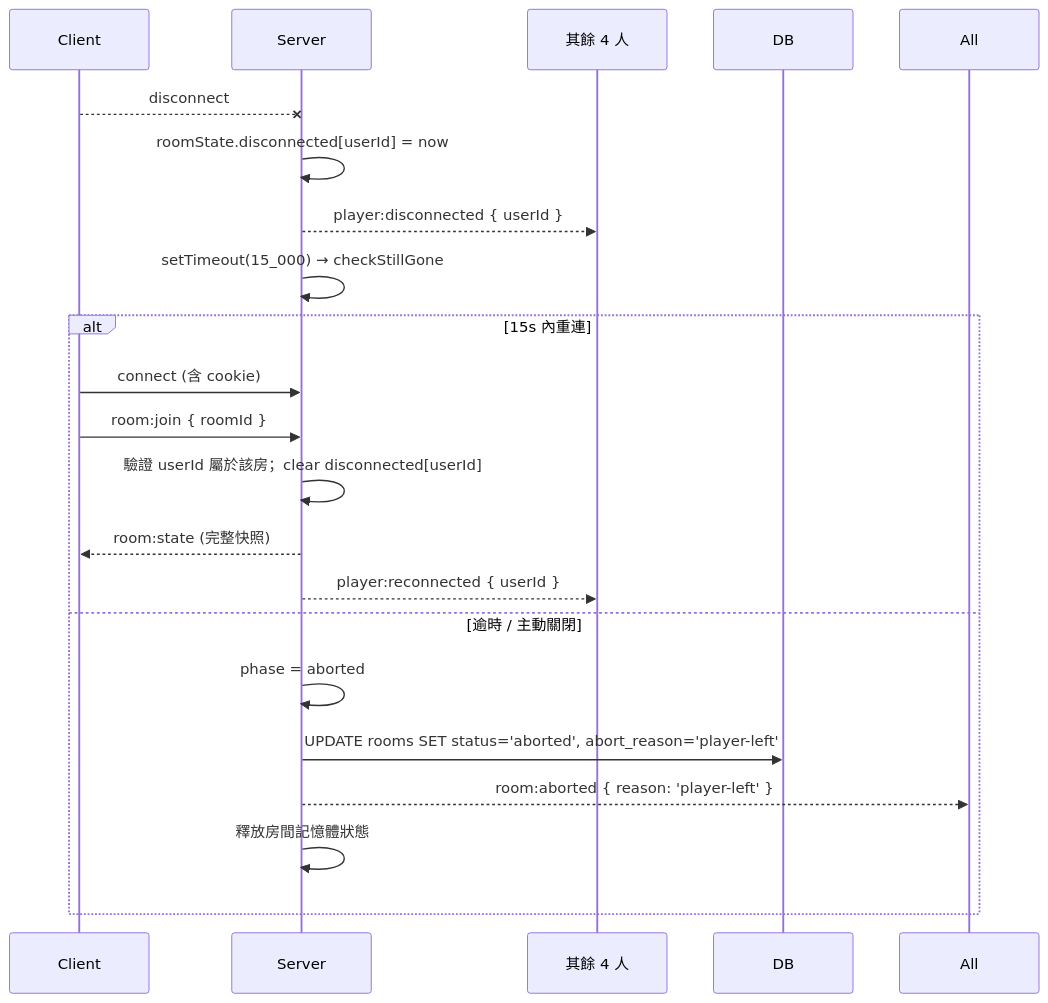
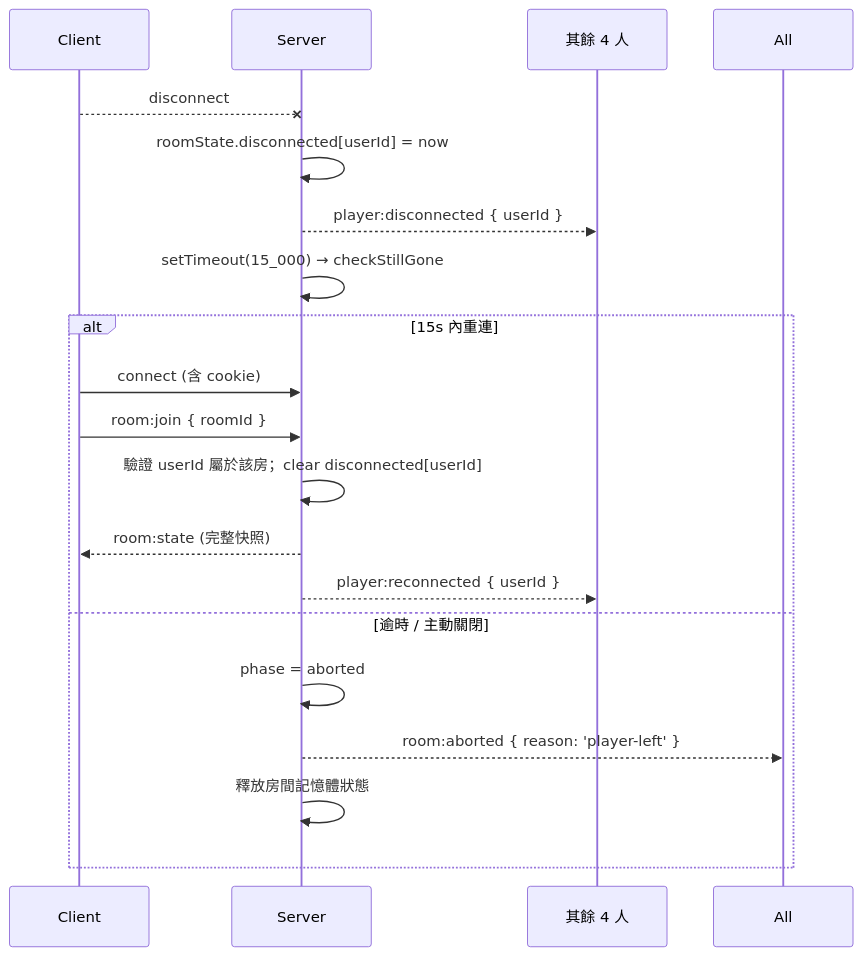
The fifth of 5 diagrams in docs/detailed-design.md (zhijiehuang111/game-draft-system), drawn with Mermaid before and after one commit. The commit also changed other lines of this file and 9 other files, not shown here.

````diff
--- a/docs/detailed-design.md
+++ b/docs/detailed-design.md
@@ -456,24 +434,23 @@
 ```mermaid
 sequenceDiagram
   participant C as Client
   participant S as Server
   participant Others as 其餘 4 人
 
   C--xS: disconnect
   S->>S: roomState.disconnected[userId] = now
   S-->>Others: player:disconnected { userId }
   S->>S: setTimeout(15_000) → checkStillGone
 
   alt 15s 內重連
     C->>S: connect (含 cookie)
     C->>S: room:join { roomId }
     S->>S: 驗證 userId 屬於該房；clear disconnected[userId]
     S-->>C: room:state (完整快照)
     S-->>Others: player:reconnected { userId }
   else 逾時 / 主動關閉
     S->>S: phase = aborted
-    S->>DB: UPDATE rooms SET status='aborted', abort_reason='player-left'
     S-->>All: room:aborted { reason: 'player-left' }
     S->>S: 釋放房間記憶體狀態
   end
 ```
````
